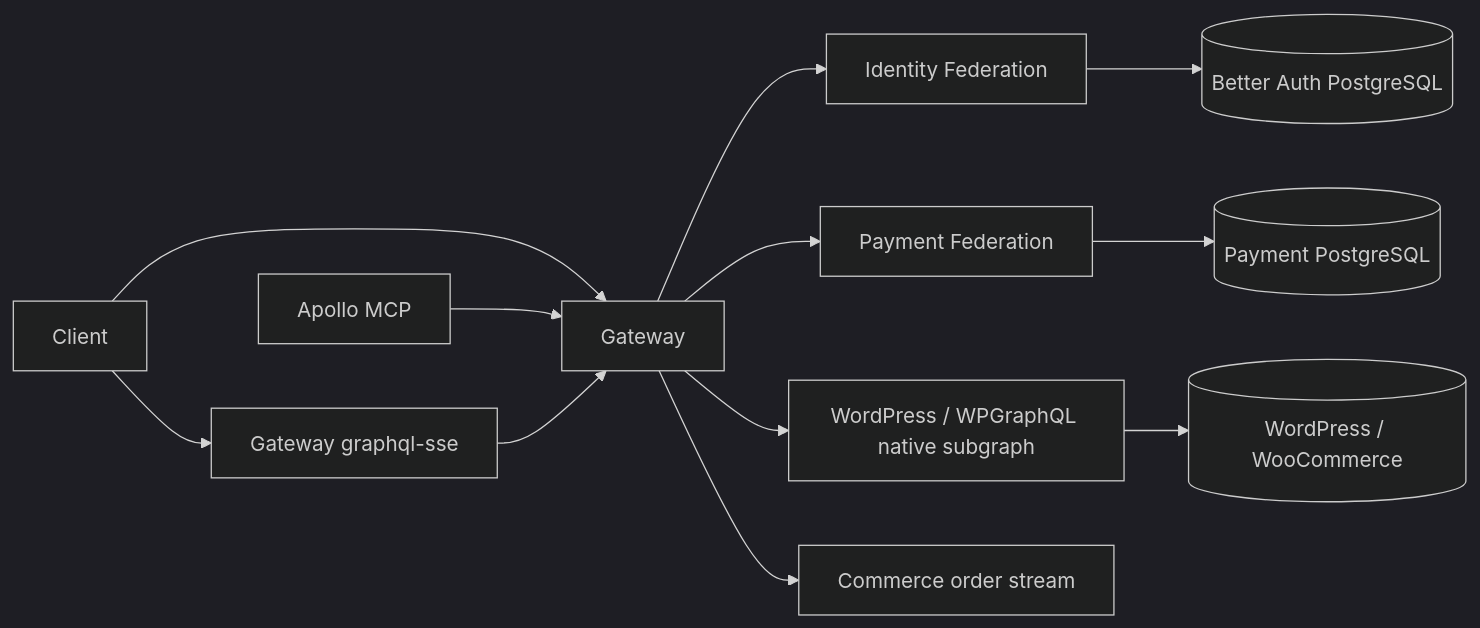
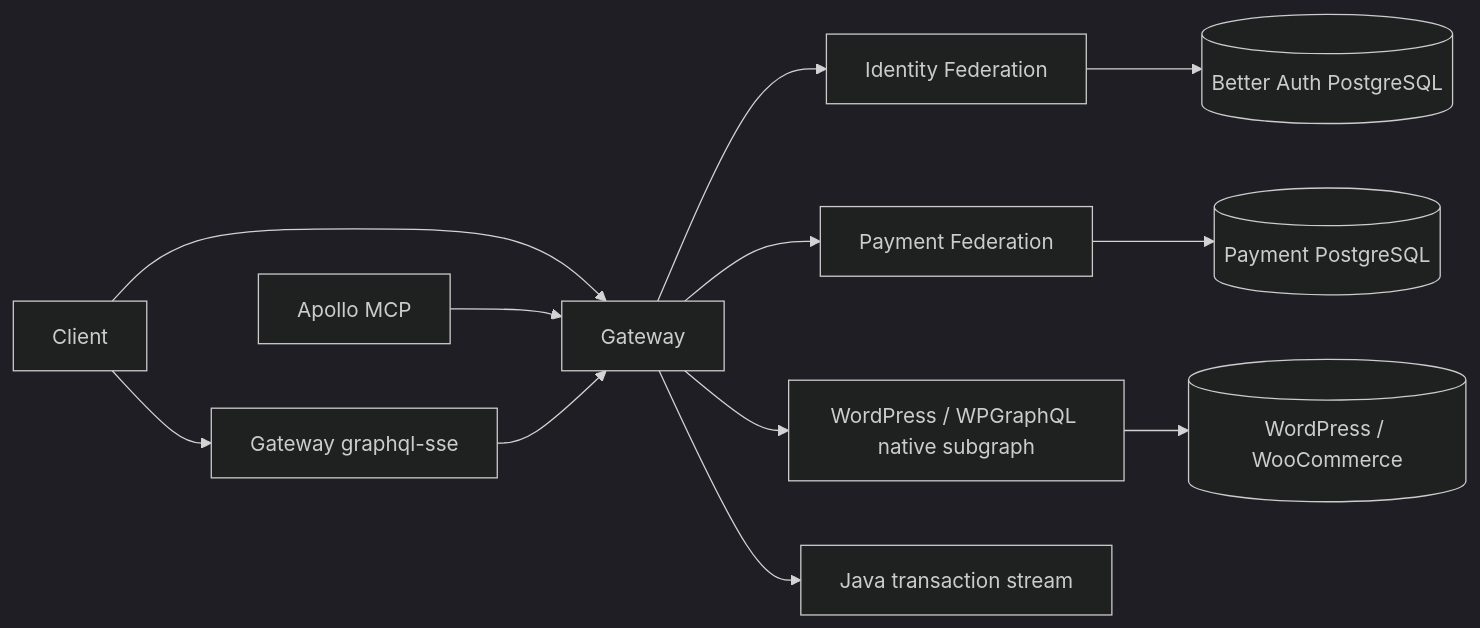
Before and after one commit to kaio-fabiano/desafio-dev-backend-senior: the diagram in docs/prds/01-arquitetura-e-dominio.md, drawn with Mermaid (dark theme). The commit also changed other lines of this file and 160 other files, not shown here.

Commit message:
T-253 migrate-order-workflow-to-axon-java: Retire Node Workflow and close all quality gates

````diff
--- a/docs/prds/01-arquitetura-e-dominio.md
+++ b/docs/prds/01-arquitetura-e-dominio.md
@@ -99,14 +98,14 @@
 ```mermaid
 flowchart LR
   Client --> Gateway
   MCP[Apollo MCP] --> Gateway
   Gateway --> Identity[Identity Federation]
   Gateway --> Payment[Payment Federation]
   Gateway --> WordPress[WordPress / WPGraphQL native subgraph]
   Identity --> BetterAuth[(Better Auth PostgreSQL)]
   Payment --> PaymentDB[(Payment PostgreSQL)]
   WordPress --> Woo[(WordPress / WooCommerce)]
   Client --> SSE[Gateway graphql-sse]
   SSE --> Gateway
-  Gateway --> Commerce[Commerce order stream]
+  Gateway --> Transaction[Java transaction stream]
 ```
````
